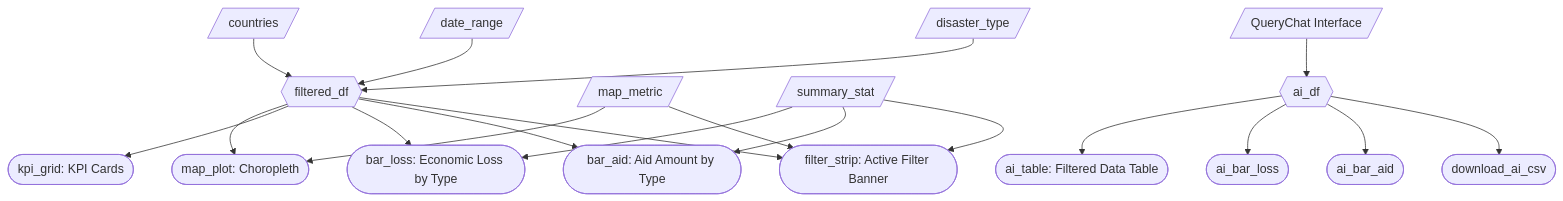
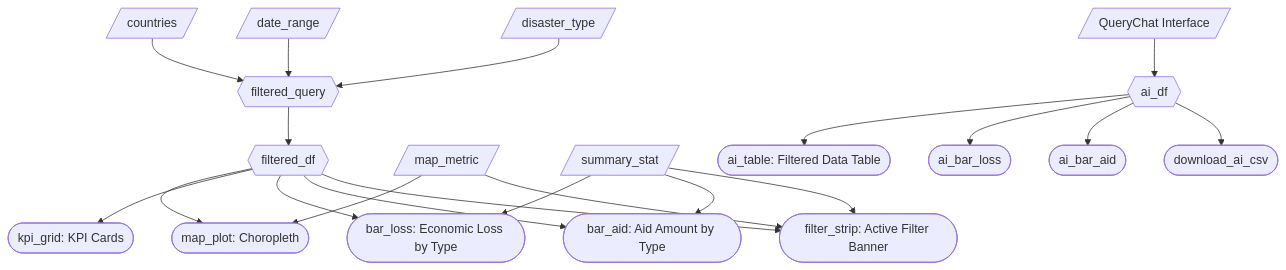
The diagram in reports/m2_spec.md (UBC-MDS/DSCI-532_2026_18_disasterdash), drawn with Mermaid before and after one commit. The commit also changed other lines of this file, not shown here.

Commit message:
docs: update reactivity architecture to include cached DuckDB execution layer

````diff
--- a/reports/m2_spec.md
+++ b/reports/m2_spec.md
@@ -45,24 +46,27 @@
 ```mermaid
 flowchart TD
-    A[/countries/] --> F{{filtered_df}}
-    B[/date_range/] --> F
-    C[/disaster_type/] --> F
+    A[/countries/] --> Q{{filtered_query}}
+    B[/date_range/] --> Q
+    C[/disaster_type/] --> Q
+
+    Q --> F{{filtered_df}}
+
     D[/map_metric/] --> Map
     D --> Strip
     E[/summary_stat/] --> BarLoss
     E --> BarAid
     E --> Strip
 
     F --> Map([map_plot: Choropleth])
     F --> KPI([kpi_grid: KPI Cards])
     F --> BarLoss([bar_loss: Economic Loss by Type])
     F --> BarAid([bar_aid: Aid Amount by Type])
     F --> Strip([filter_strip: Active Filter Banner])
 
 
     Chat[/QueryChat Interface/] --> AI{{ai_df}}
     AI --> Table([ai_table: Filtered Data Table])
     AI --> AILoss([ai_bar_loss])
     AI --> AIAid([ai_bar_aid])
     AI --> Download([download_ai_csv])
 ```
````
